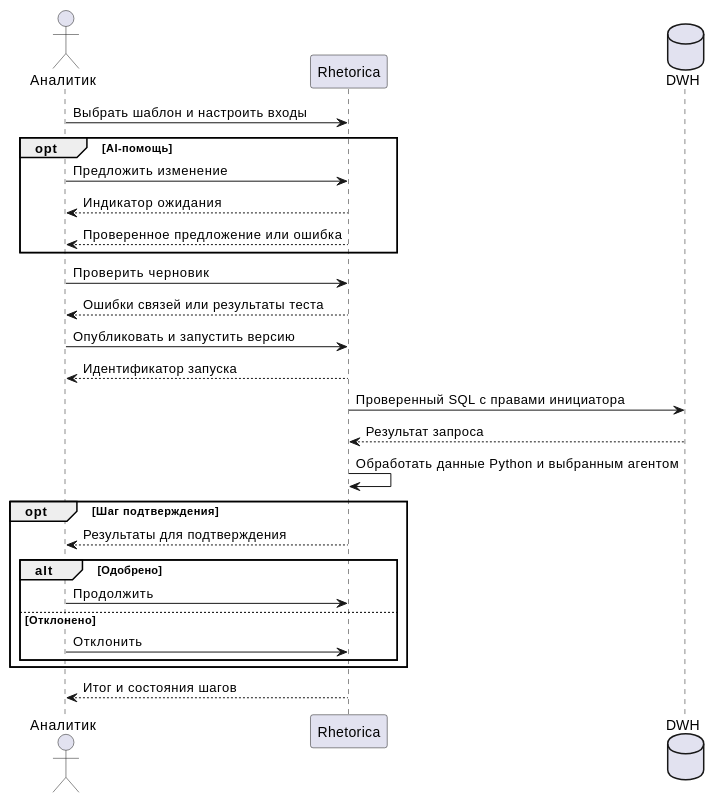
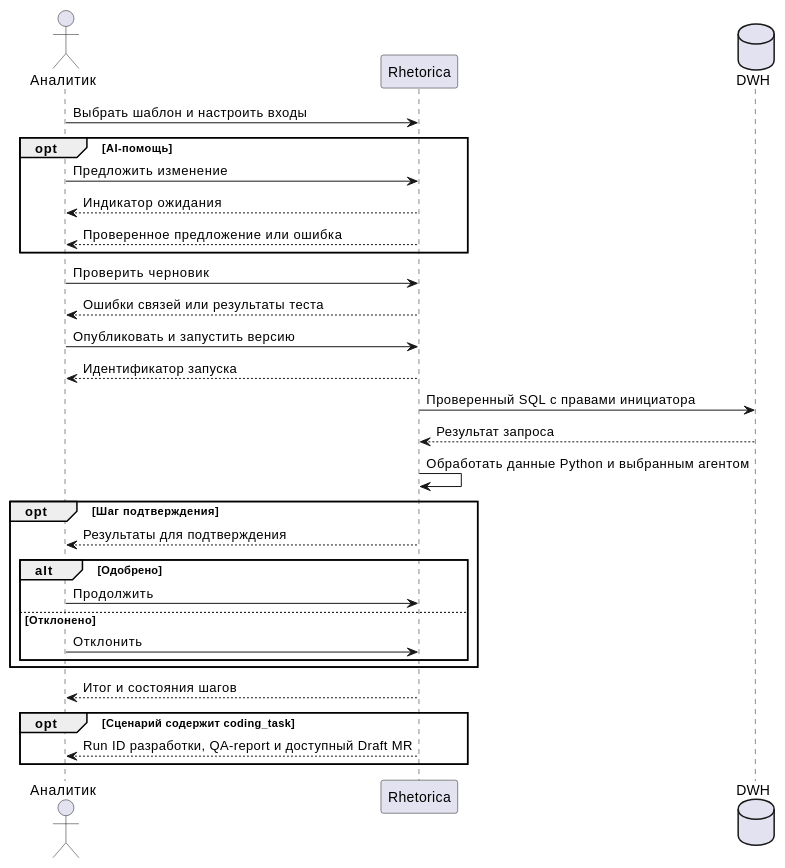
The diagram in openspec/specs/requirements/functional/fr-rh-008/spec.md (Adelphopoet/rhetorica), drawn with PlantUML before and after one commit. The commit also changed other lines of this file and 488 other files, not shown here.

````diff
--- a/openspec/specs/requirements/functional/fr-rh-008/spec.md
+++ b/openspec/specs/requirements/functional/fr-rh-008/spec.md
@@ -28,29 +28,32 @@
 ```plantuml
 @startuml
 actor Аналитик
 participant Rhetorica
 database DWH
 Аналитик -> Rhetorica: Выбрать шаблон и настроить входы
 opt AI-помощь
 Аналитик -> Rhetorica: Предложить изменение
 Rhetorica --> Аналитик: Индикатор ожидания
 Rhetorica --> Аналитик: Проверенное предложение или ошибка
 end
 Аналитик -> Rhetorica: Проверить черновик
 Rhetorica --> Аналитик: Ошибки связей или результаты теста
 Аналитик -> Rhetorica: Опубликовать и запустить версию
 Rhetorica --> Аналитик: Идентификатор запуска
 Rhetorica -> DWH: Проверенный SQL с правами инициатора
 DWH --> Rhetorica: Результат запроса
 Rhetorica -> Rhetorica: Обработать данные Python и выбранным агентом
 opt Шаг подтверждения
 Rhetorica --> Аналитик: Результаты для подтверждения
 alt Одобрено
 Аналитик -> Rhetorica: Продолжить
 else Отклонено
 Аналитик -> Rhetorica: Отклонить
 end
 end
 Rhetorica --> Аналитик: Итог и состояния шагов
+opt Сценарий содержит coding_task
+  Rhetorica --> Аналитик: Run ID разработки, QA-report и доступный Draft MR
+end
 @enduml
 ```
````
